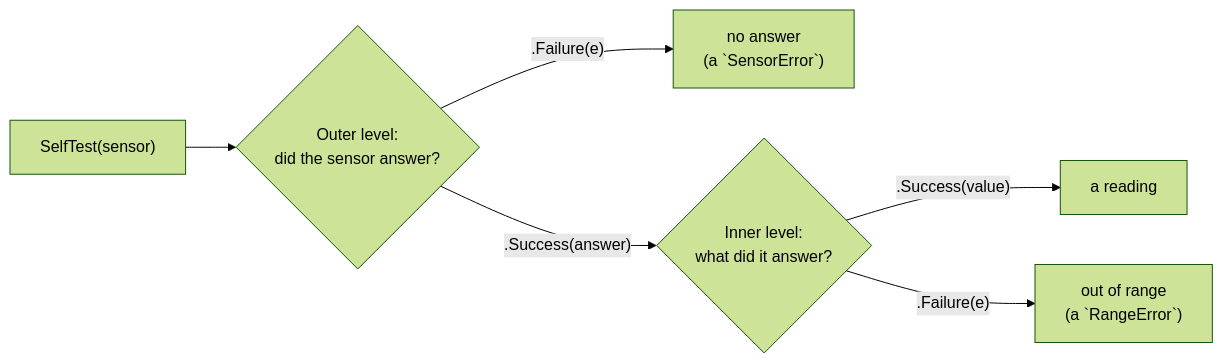
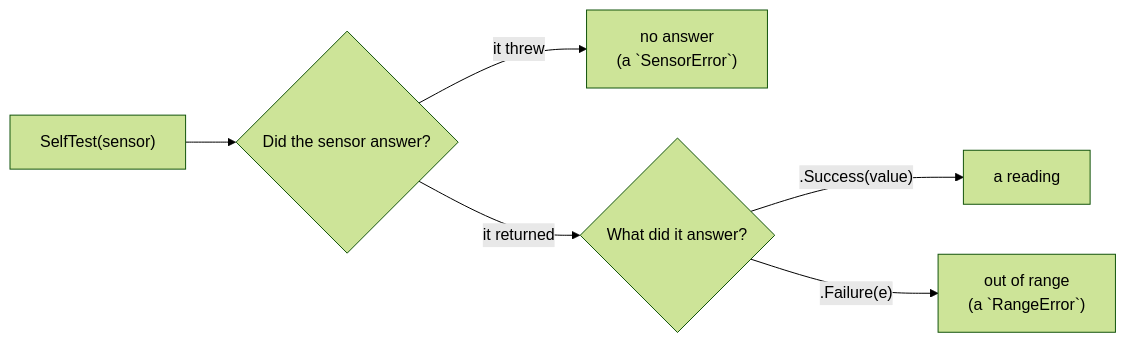
Before and after one commit to rux-lang/Web: the diagram in content/docs/1.learn/09.errors/14.nested-fallible.md, drawn with Mermaid (forest theme). The commit also changed other lines of this file and 736 other files, not shown here.

````diff
--- a/content/docs/1.learn/09.errors/14.nested-fallible.md
+++ b/content/docs/1.learn/09.errors/14.nested-fallible.md
@@ -70,8 +79,8 @@
 ```mermaid
 flowchart LR
-    test["`SelfTest(sensor)`"] --> outer{"Outer level:<br/>did the sensor answer?"}
-    outer -- "`.Failure(e)`" --> none["no answer<br/>(a `SensorError`)"]
-    outer -- "`.Success(answer)`" --> inner{"Inner level:<br/>what did it answer?"}
+    test["`SelfTest(sensor)`"] --> outer{"Did the sensor answer?"}
+    outer -- "it threw" --> none["no answer<br/>(a `SensorError`)"]
+    outer -- "it returned" --> inner{"What did it answer?"}
     inner -- "`.Success(value)`" --> ok["a reading"]
     inner -- "`.Failure(e)`" --> range["out of range<br/>(a `RangeError`)"]
 ```
````
